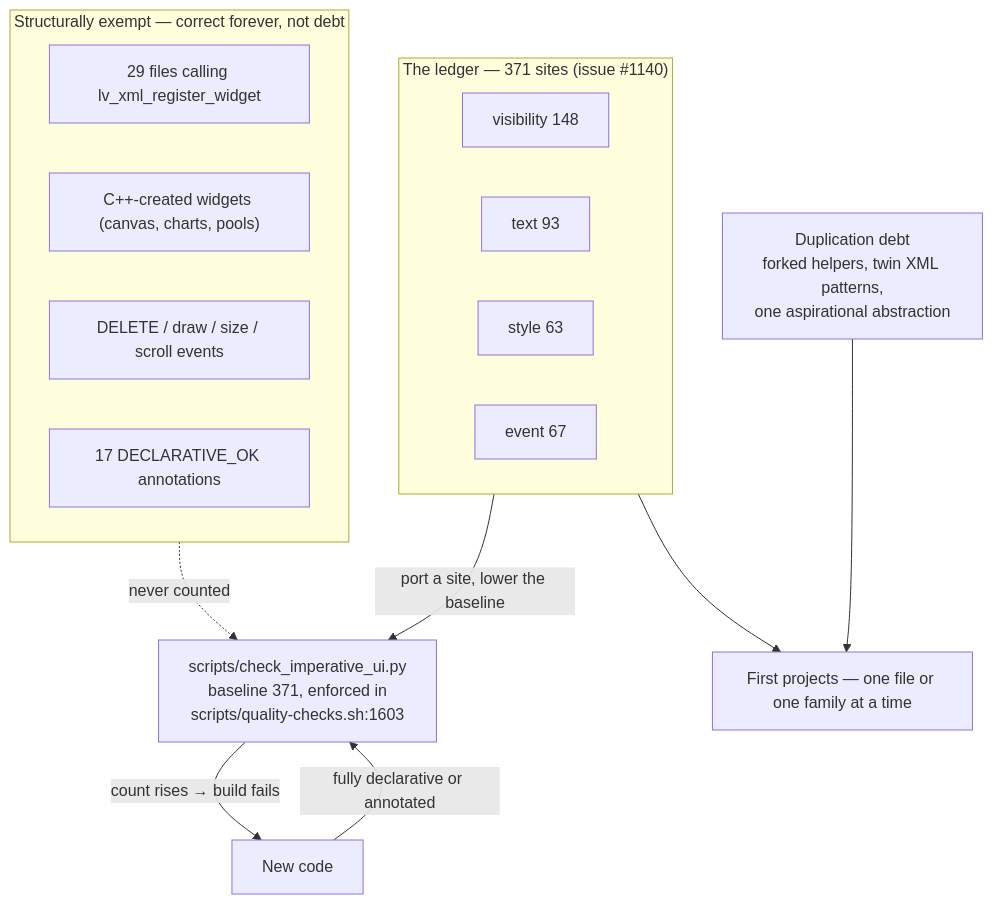
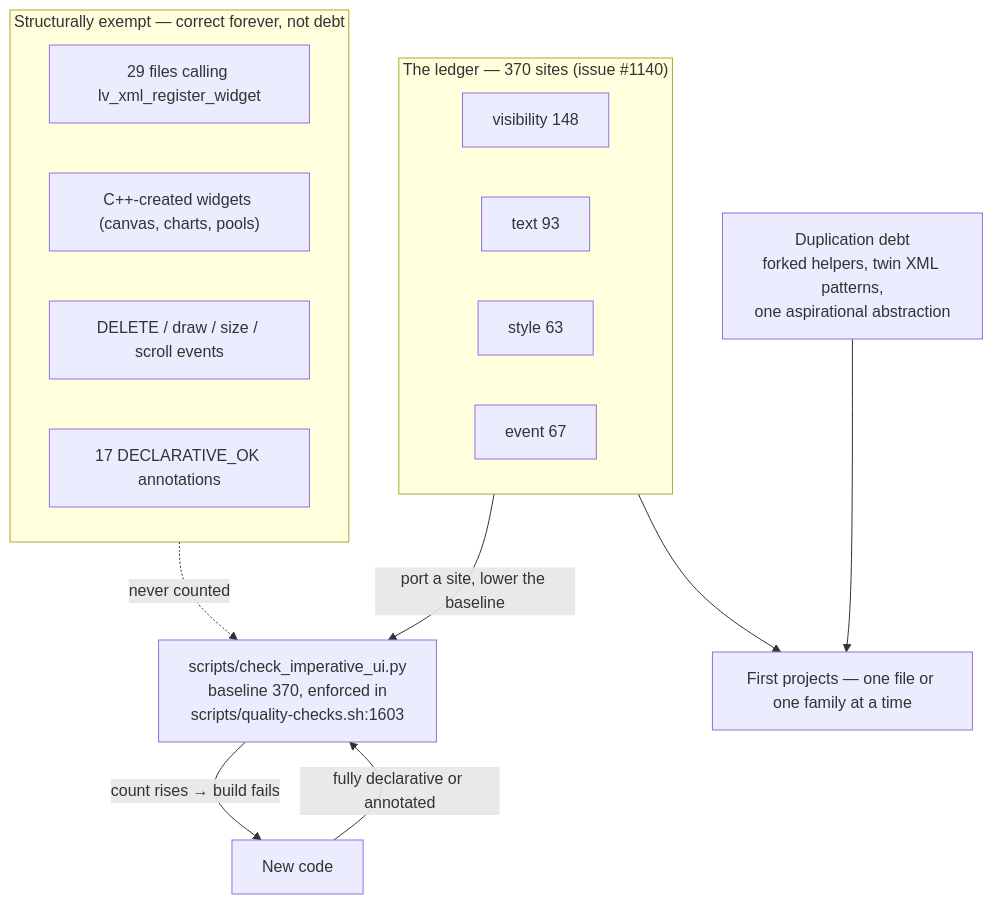
Before and after one commit to prestonbrown/helixscreen: the diagram in docs/devel/architecture/15-known-debt.md, drawn with Mermaid. The commit also changed other lines of this file and 4 other files, not shown here.

````diff
--- a/docs/devel/architecture/15-known-debt.md
+++ b/docs/devel/architecture/15-known-debt.md
@@ -7,26 +7,26 @@
 ```mermaid
 flowchart TD
     NEW["New code"] -->|"fully declarative or annotated"| GATE
 
-    subgraph LEDGER["The ledger — 371 sites (issue #1140)"]
+    subgraph LEDGER["The ledger — 370 sites (issue #1140)"]
         V["visibility 148"]
         T["text 93"]
         S["style 63"]
         E["event 67"]
     end
 
-    GATE["scripts/check_imperative_ui.py<br/>baseline 371, enforced in<br/>scripts/quality-checks.sh:1603"]
+    GATE["scripts/check_imperative_ui.py<br/>baseline 370, enforced in<br/>scripts/quality-checks.sh:1603"]
     LEDGER -->|"port a site, lower the baseline"| GATE
     GATE -->|"count rises → build fails"| NEW
 
     subgraph EXEMPT["Structurally exempt — correct forever, not debt"]
         W["29 files calling lv_xml_register_widget"]
         C["C++-created widgets (canvas, charts, pools)"]
         H["DELETE / draw / size / scroll events"]
         A["17 DECLARATIVE_OK annotations"]
     end
     EXEMPT -.->|"never counted"| GATE
 
     DUP["Duplication debt<br/>forked helpers, twin XML patterns,<br/>one aspirational abstraction"] --> PROJECTS
     LEDGER --> PROJECTS["First projects — one file or one family at a time"]
 ```
````
